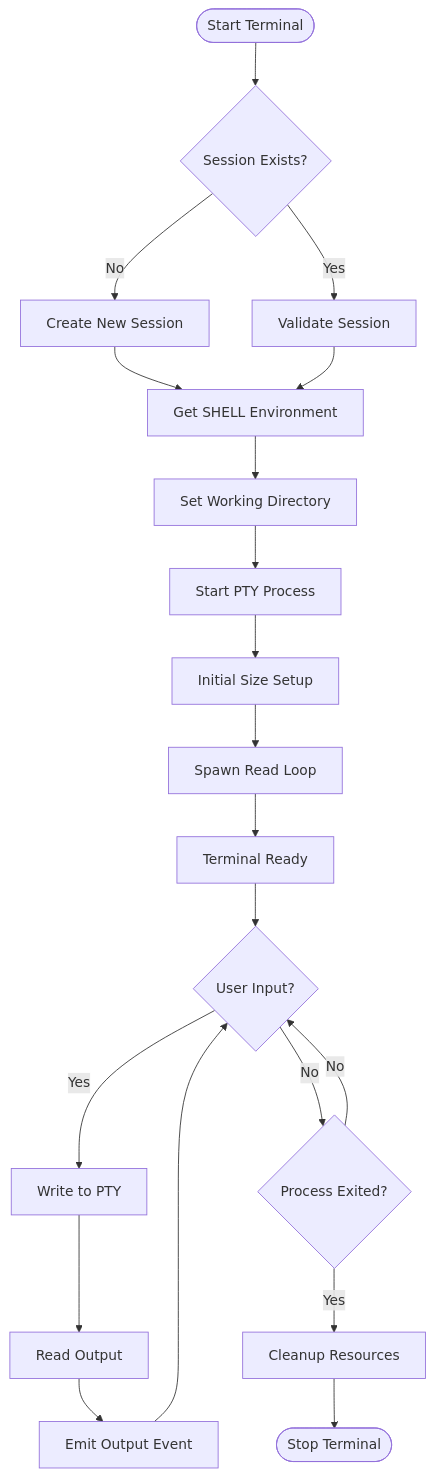
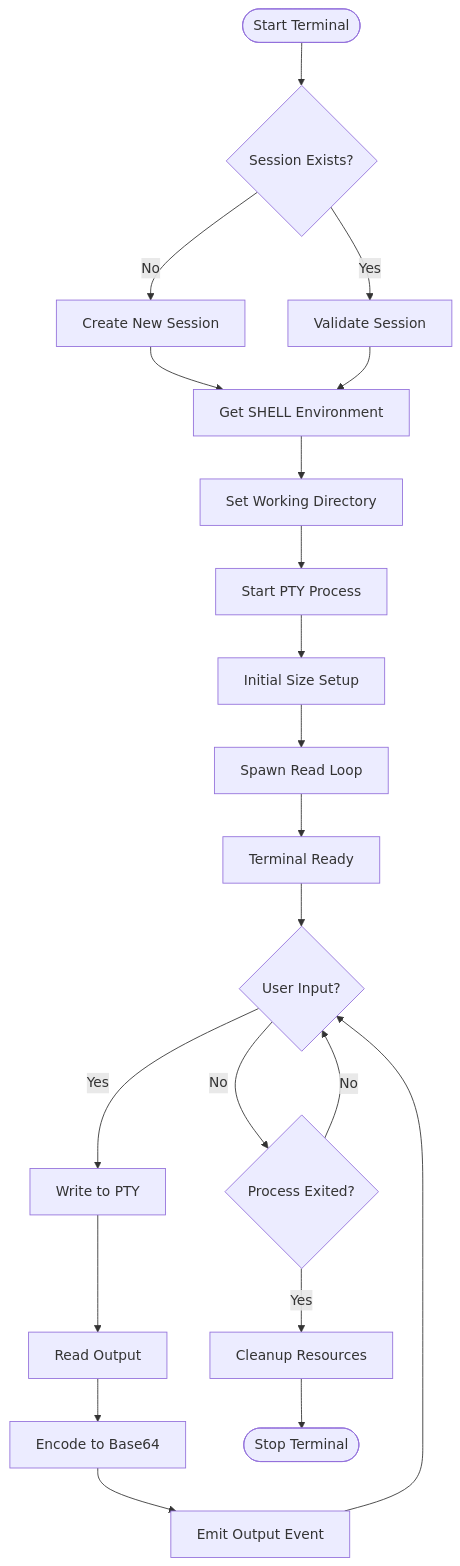
One commit to v0lka/c0wrk changed the fourth of 13 diagrams in .qoder/repowiki/en/content/Frontend Application/Terminal Emulation System.md. Above: the diagram before and after it, drawn with Mermaid. The commit also changed other lines of this file and 5 other files, not shown here.

````diff
--- a/.qoder/repowiki/en/content/Frontend Application/Terminal Emulation System.md
+++ b/.qoder/repowiki/en/content/Frontend Application/Terminal Emulation System.md
@@ -190,22 +199,23 @@
 ```mermaid
 flowchart TD
 Start([Start Terminal]) --> CheckSession{"Session Exists?"}
 CheckSession --> |No| CreateSession["Create New Session"]
 CheckSession --> |Yes| ValidateSession["Validate Session"]
 CreateSession --> GetShell["Get SHELL Environment"]
 ValidateSession --> GetShell
 GetShell --> SetWorkDir["Set Working Directory"]
 SetWorkDir --> StartPTY["Start PTY Process"]
 StartPTY --> InitialResize["Initial Size Setup"]
 InitialResize --> SpawnReader["Spawn Read Loop"]
 SpawnReader --> Ready["Terminal Ready"]
 Ready --> UserInput{"User Input?"}
 UserInput --> |Yes| WritePTY["Write to PTY"]
 UserInput --> |No| CheckExit{"Process Exited?"}
 WritePTY --> ReadOutput["Read Output"]
-ReadOutput --> EmitOutput["Emit Output Event"]
+ReadOutput --> EncodeOutput["Encode to Base64"]
+EncodeOutput --> EmitOutput["Emit Output Event"]
 EmitOutput --> UserInput
 CheckExit --> |Yes| Cleanup["Cleanup Resources"]
 CheckExit --> |No| UserInput
 Cleanup --> StopTerminal([Stop Terminal])
 ```
````
